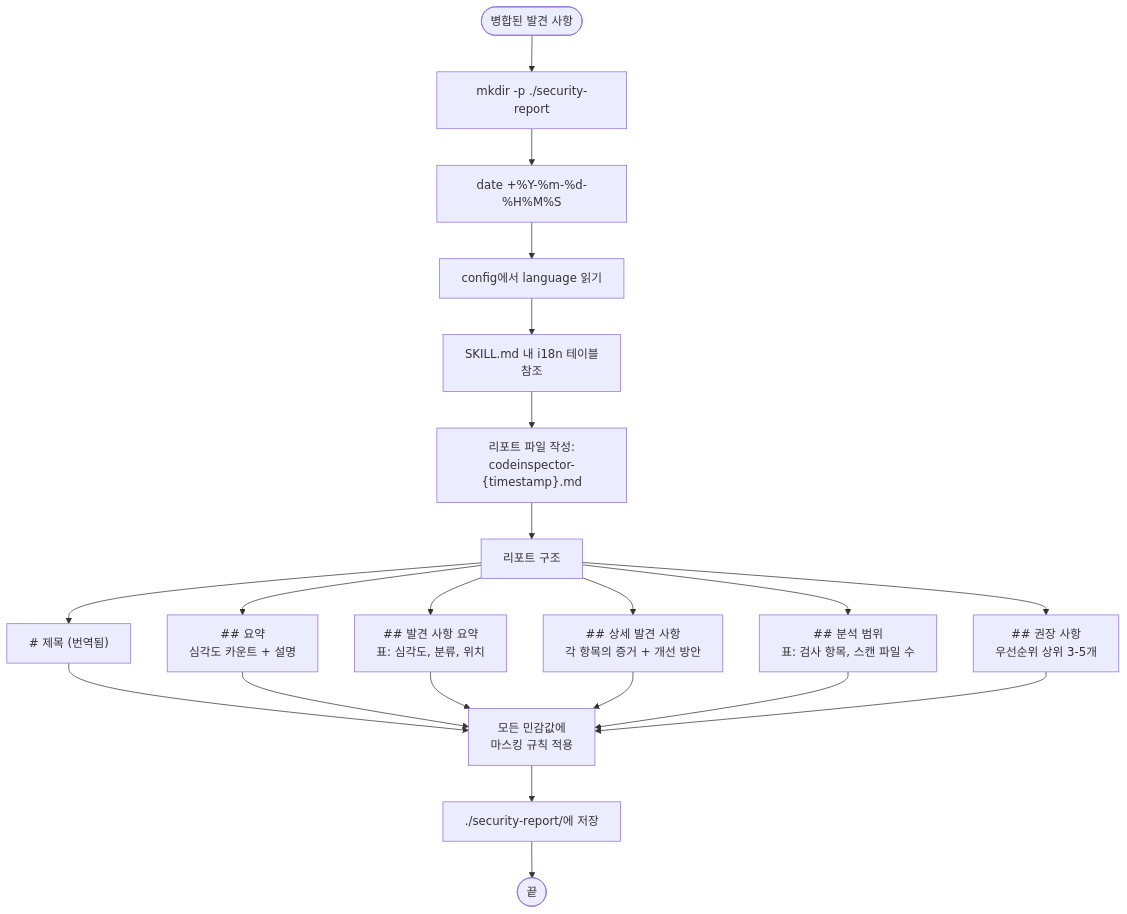
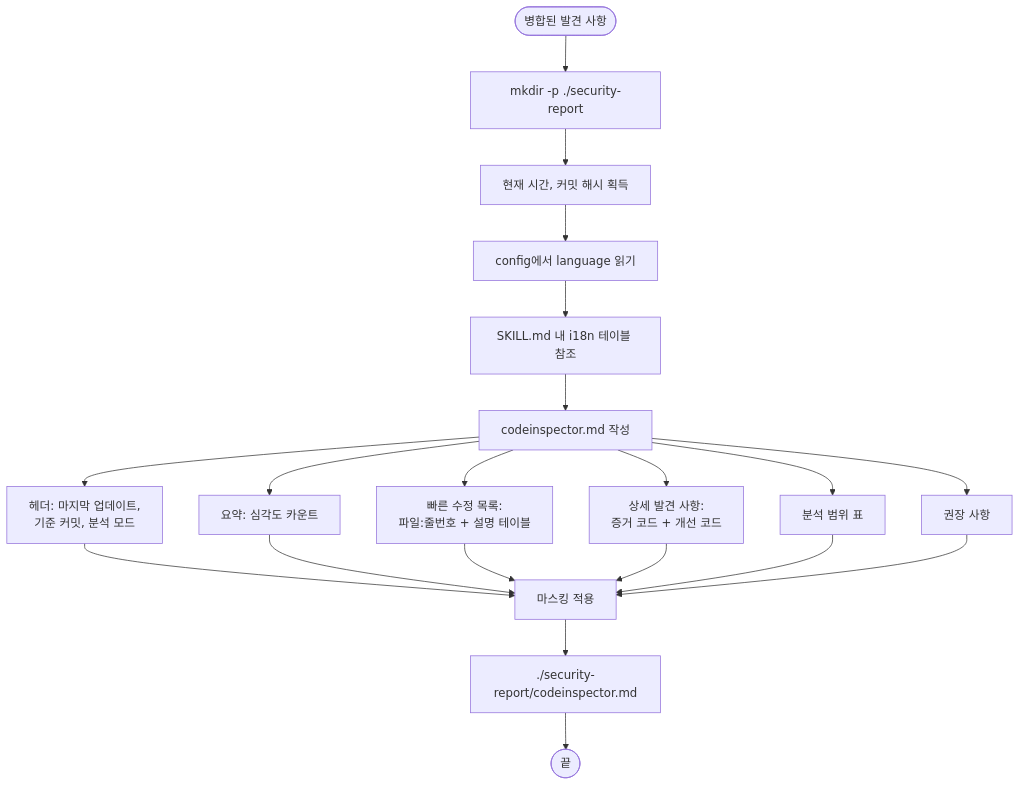
Before and after one commit to letsur-dev/vulcheck: the eighth of 8 diagrams in design/codeinspector.md, drawn with Mermaid. The commit also changed other lines of this file and 3 other files, not shown here.

First line of the commit message:
feat: codeinspector 증분 분석 및 단일 파일 리포트 전환

````diff
--- a/design/codeinspector.md
+++ b/design/codeinspector.md
@@ -446,27 +425,25 @@
 ```mermaid
 flowchart TD
     Start([병합된 발견 사항]) --> MkDir["mkdir -p ./security-report"]
-    MkDir --> Timestamp["date +%Y-%m-%d-%H%M%S"]
-    Timestamp --> ReadLang["config에서 language 읽기"]
+    MkDir --> GetTime["현재 시간, 커밋 해시 획득"]
+    GetTime --> ReadLang["config에서 language 읽기"]
+    ReadLang --> Translate["SKILL.md 내 i18n 테이블 참조"]
+    Translate --> Write["codeinspector.md 작성"]
 
-    ReadLang --> Translate["SKILL.md 내 i18n 테이블<br>참조"]
-    Translate --> Write["리포트 파일 작성:<br>codeinspector-{timestamp}.md"]
+    Write --> Header["헤더: 마지막 업데이트,<br>기준 커밋, 분석 모드"]
+    Write --> Summary["요약: 심각도 카운트"]
+    Write --> QuickFix["빠른 수정 목록:<br>파일:줄번호 + 설명 테이블"]
+    Write --> Details["상세 발견 사항:<br>증거 코드 + 개선 코드"]
+    Write --> Coverage["분석 범위 표"]
+    Write --> Recs["권장 사항"]
 
-    Write --> Structure["리포트 구조"]
-    Structure --> S1["# 제목 (번역됨)"]
-    Structure --> S2["## 요약<br>심각도 카운트 + 설명"]
-    Structure --> S3["## 발견 사항 요약<br>표: 심각도, 분류, 위치"]
-    Structure --> S4["## 상세 발견 사항<br>각 항목의 증거 + 개선 방안"]
-    Structure --> S5["## 분석 범위<br>표: 검사 항목, 스캔 파일 수"]
-    Structure --> S6["## 권장 사항<br>우선순위 상위 3-5개"]
+    Header --> Redact["마스킹 적용"]
+    Summary --> Redact
+    QuickFix --> Redact
+    Details --> Redact
+    Coverage --> Redact
+    Recs --> Redact
 
-    S1 --> Redact["모든 민감값에<br>마스킹 규칙 적용"]
-    S2 --> Redact
-    S3 --> Redact
-    S4 --> Redact
-    S5 --> Redact
-    S6 --> Redact
-
-    Redact --> Save["./security-report/에 저장"]
+    Redact --> Save["./security-report/codeinspector.md"]
     Save --> End([끝])
 ```
````
